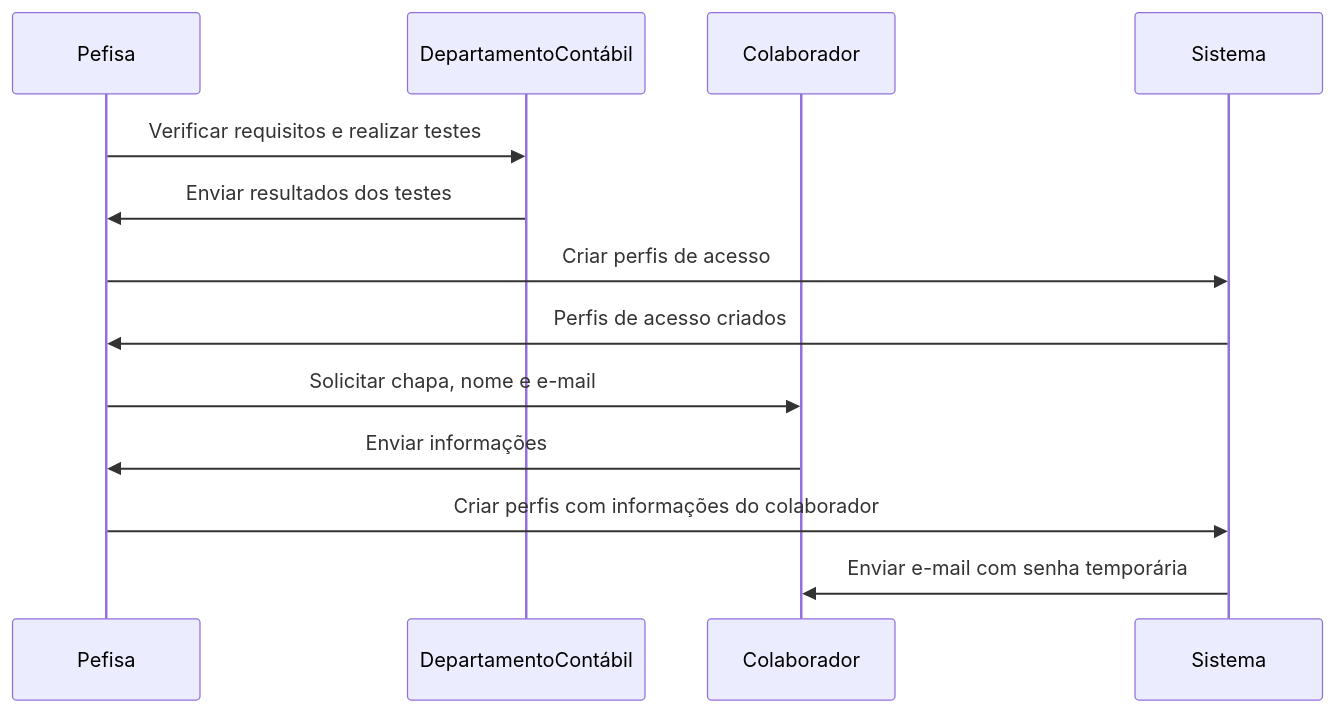
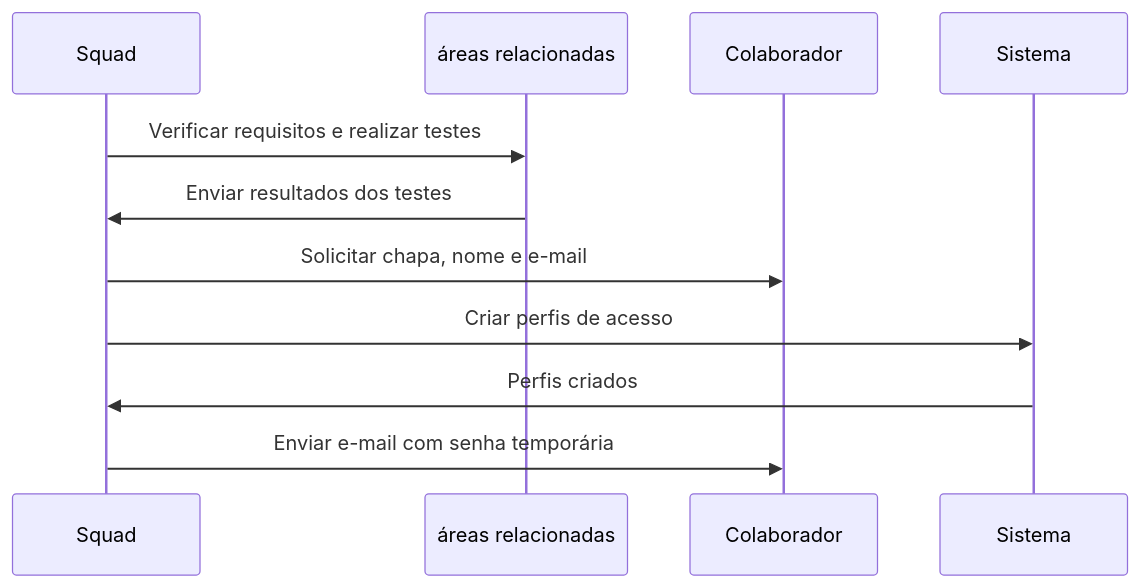
Before and after one commit to Pernambucas/Agil_Atendimento: the first of 2 diagrams in README.md, drawn with Mermaid. The commit also changed other lines of this file, not shown here.

Commit message:
docs: modified the diagrams

````diff
--- a/README.md
+++ b/README.md
@@ -25,18 +25,14 @@
 ```mermaid
 sequenceDiagram
-    participant Pefisa
-    participant DepartamentoContábil
+    participant Squad
+    participant áreas relacionadas
     participant Colaborador
     participant Sistema
 
-    Pefisa->>DepartamentoContábil: Verificar requisitos e realizar testes
-    DepartamentoContábil->>Pefisa: Enviar resultados dos testes
-
-    Pefisa->>Sistema: Criar perfis de acesso
-    Sistema->>Pefisa: Perfis de acesso criados
-
-    Pefisa->>Colaborador: Solicitar chapa, nome e e-mail
-    Colaborador->>Pefisa: Enviar informações
-    Pefisa->>Sistema: Criar perfis com informações do colaborador
-    Sistema->>Colaborador: Enviar e-mail com senha temporária
+    Squad->>áreas relacionadas: Verificar requisitos e realizar testes
+    áreas relacionadas->>Squad: Enviar resultados dos testes
+        Squad->>Colaborador: Solicitar chapa, nome e e-mail
+    Squad->>Sistema: Criar perfis de acesso
+    Sistema->>Squad: Perfis criados
+    Squad->>Colaborador: Enviar e-mail com senha temporária
 ```
````
